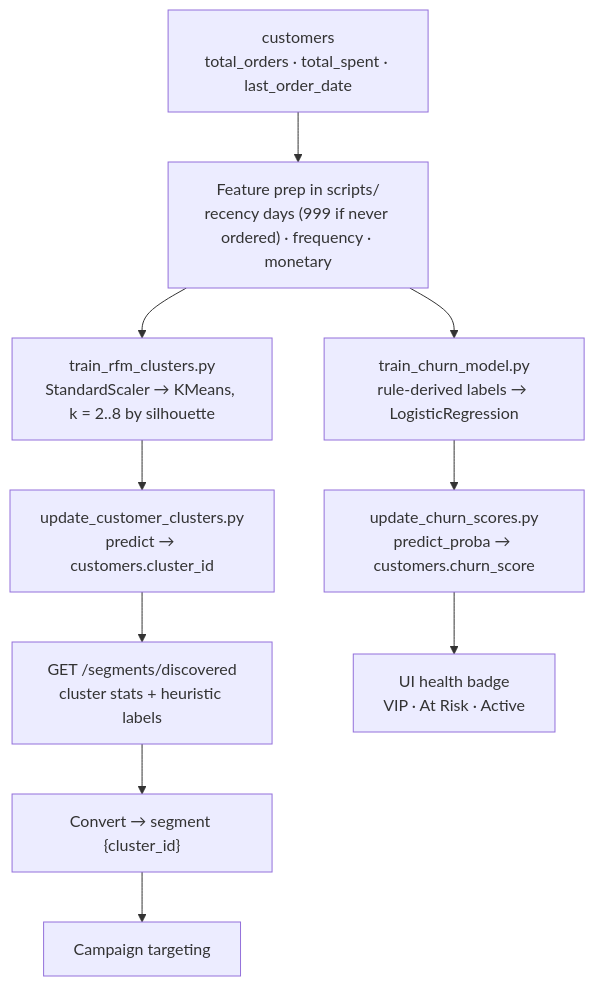
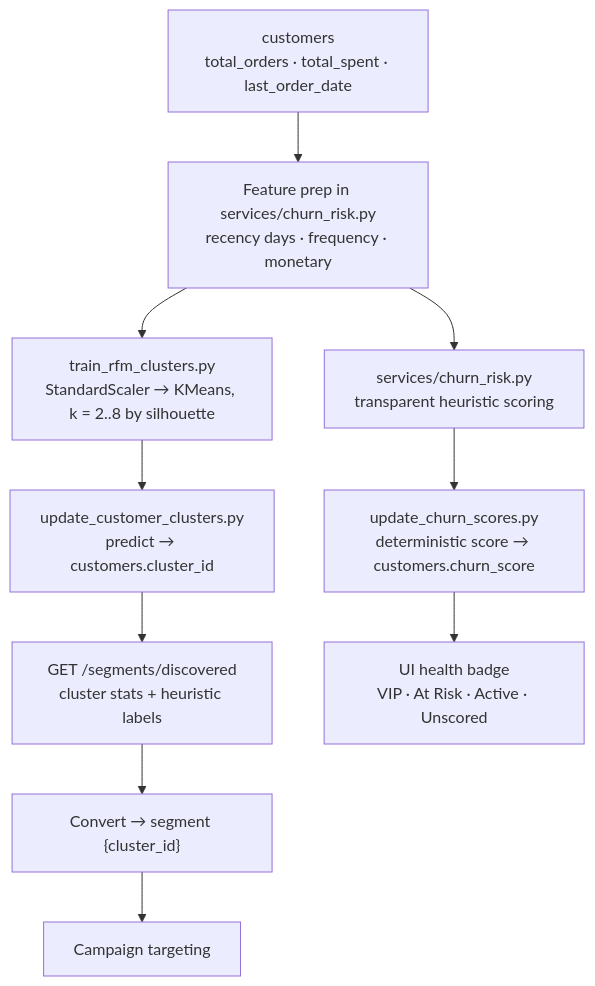
One commit to Debasish65368/brewco-crm changed the sixth of 9 diagrams in README.md. Above: the diagram before and after it, drawn with Mermaid. The commit also changed other lines of this file and 39 other files, not shown here.

````diff
--- a/README.md
+++ b/README.md
@@ -257,16 +257,16 @@
 ```mermaid
 flowchart TD
     A["customers<br/>total_orders · total_spent · last_order_date"]
-    B["Feature prep in scripts/<br/>recency days (999 if never ordered) · frequency · monetary"]
-    C1["train_churn_model.py<br/>rule-derived labels → LogisticRegression"]
+    B["Feature prep in services/churn_risk.py<br/>recency days · frequency · monetary"]
+    C1["services/churn_risk.py<br/>transparent heuristic scoring"]
     C2["train_rfm_clusters.py<br/>StandardScaler → KMeans, k = 2..8 by silhouette"]
-    D1["update_churn_scores.py<br/>predict_proba → customers.churn_score"]
+    D1["update_churn_scores.py<br/>deterministic score → customers.churn_score"]
     D2["update_customer_clusters.py<br/>predict → customers.cluster_id"]
     E["GET /segments/discovered<br/>cluster stats + heuristic labels"]
     F["Convert → segment {cluster_id}"]
     G["Campaign targeting"]
-    H["UI health badge<br/>VIP · At Risk · Active"]
+    H["UI health badge<br/>VIP · At Risk · Active · Unscored"]
 
     A --> B --> C1 --> D1 --> H
     B --> C2 --> D2 --> E --> F --> G
 ```
````
